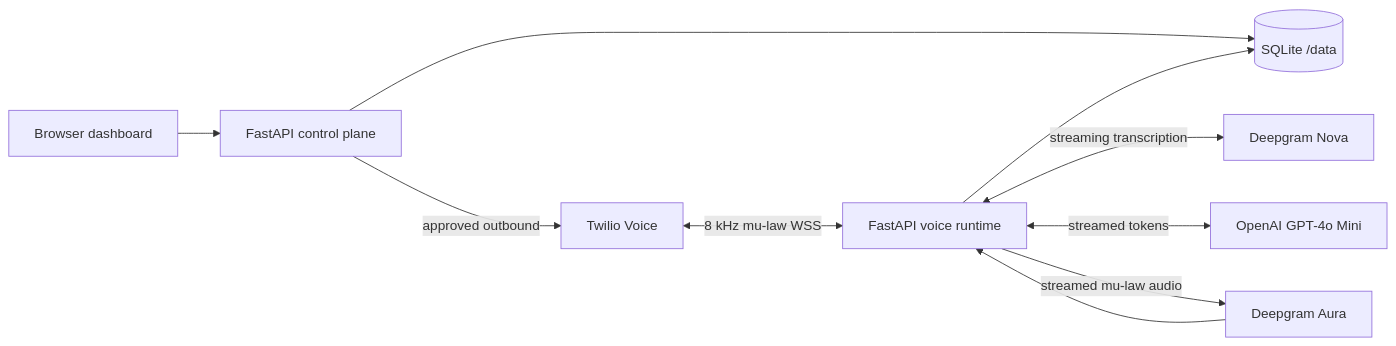
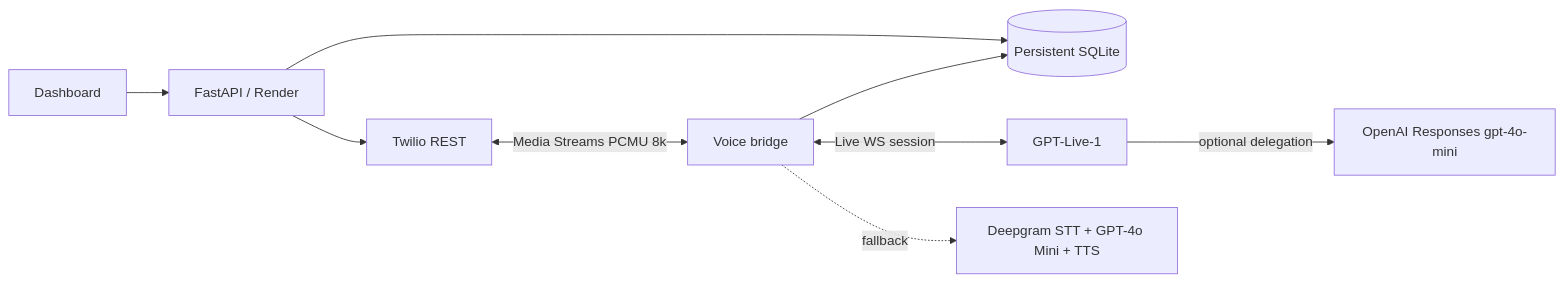
The diagram in README.md (bharat948/cerebrium-voice-agent), drawn with Mermaid before and after one commit. The commit also changed other lines of this file and 17 other files, not shown here.

Commit message:
gpt-live-1

````diff
--- a/README.md
+++ b/README.md
@@ -110,12 +116,11 @@
 ```mermaid
 flowchart LR
-    U[Browser dashboard] --> API[FastAPI control plane]
-    API --> DB[(SQLite /data)]
-    API -->|approved outbound| TW[Twilio Voice]
-    TW <-->|8 kHz mu-law WSS| VS[FastAPI voice runtime]
-    VS <-->|streaming transcription| DG[Deepgram Nova]
-    VS <-->|streamed tokens| OA[OpenAI GPT-4o Mini]
-    VS -->|streamed mu-law audio| TTS[Deepgram Aura]
-    TTS --> VS
-    VS --> DB
+    U[Dashboard] --> API[FastAPI / Render]
+    API --> DB[(Persistent SQLite)]
+    API --> T[Twilio REST]
+    T <-->|Media Streams PCMU 8k| V[Voice bridge]
+    V <-->|Live WS session| L[GPT-Live-1]
+    L -->|optional delegation| R[OpenAI Responses gpt-4o-mini]
+    V -. fallback .-> D[Deepgram STT + GPT-4o Mini + TTS]
+    V --> DB
 ```
````
